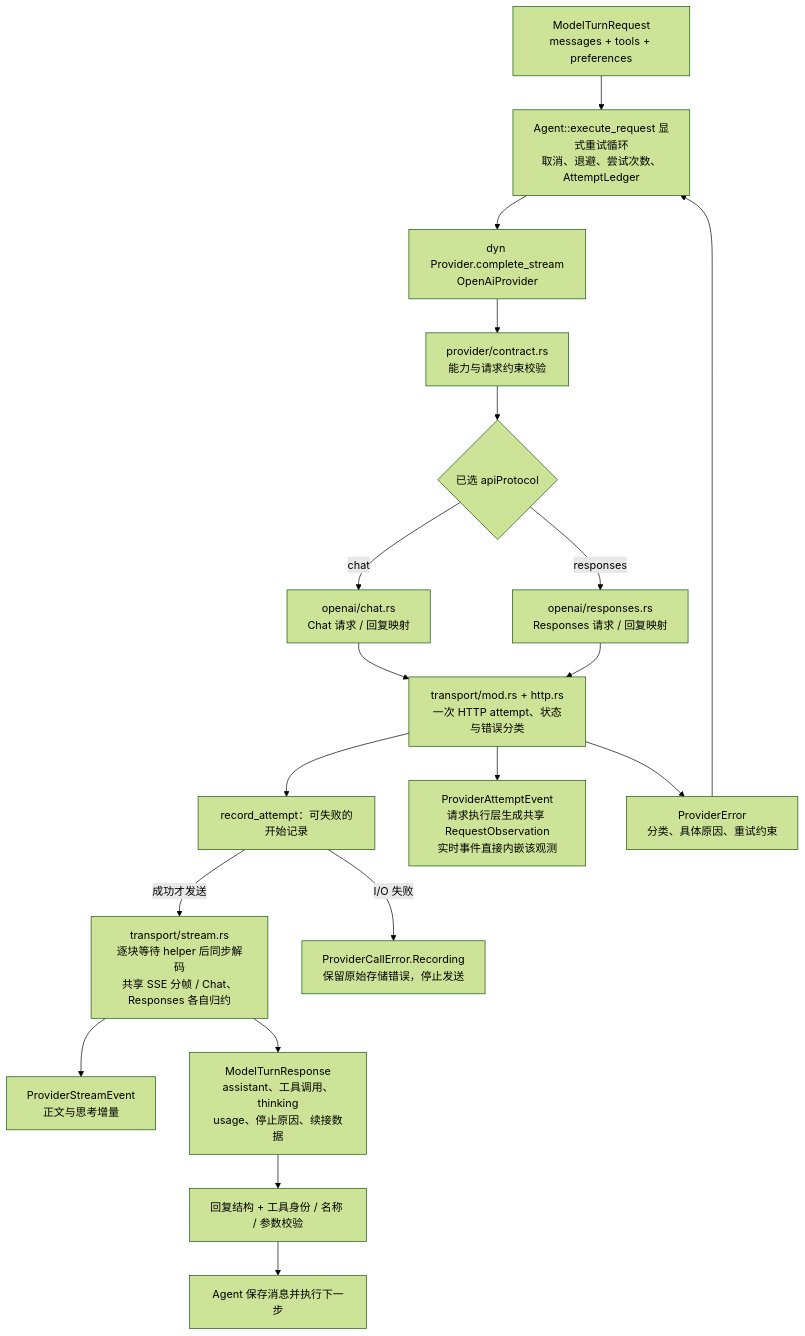
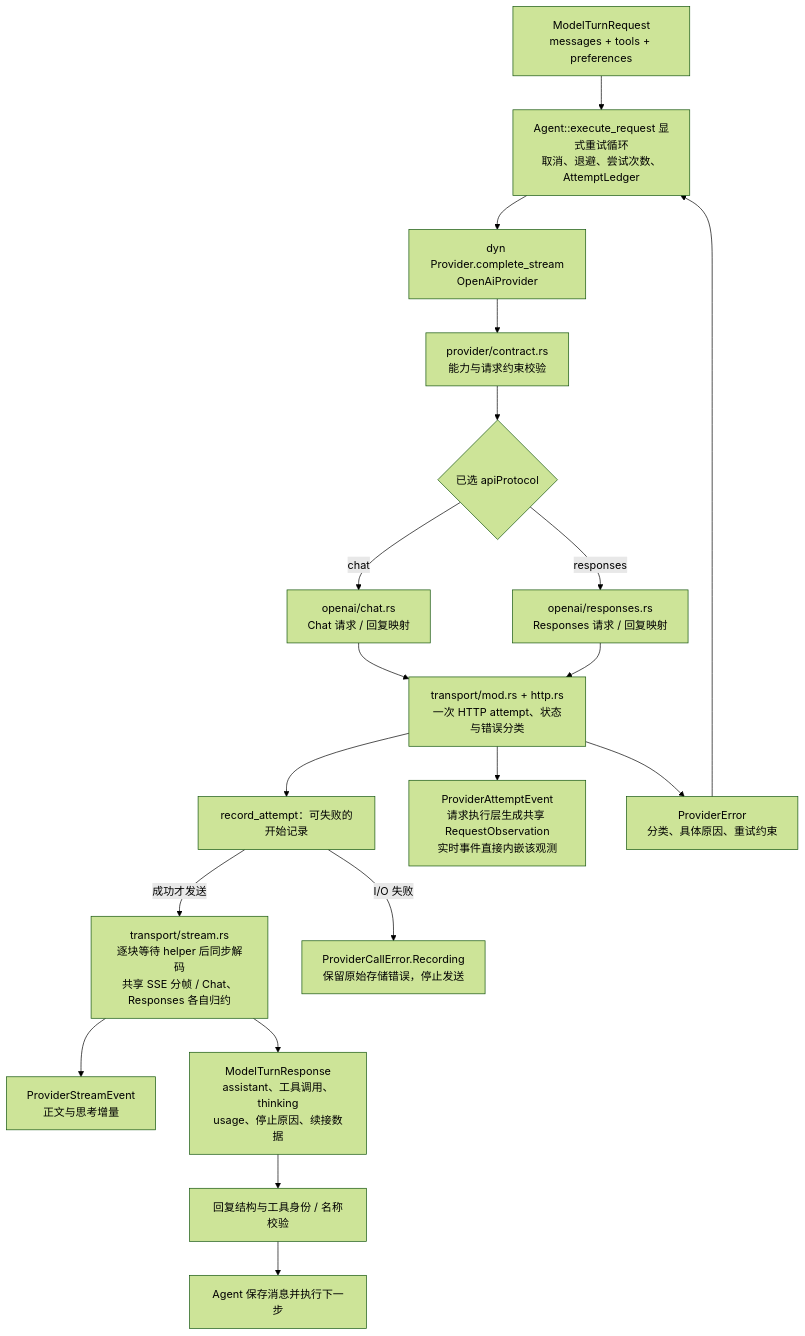
Before and after one commit to qjcnmd/singularity-agent: diagram 19 of 29 in docs/singularity.md, drawn with Mermaid (forest theme). The commit also changed other lines of this file and 47 other files, not shown here.

````diff
--- a/docs/singularity.md
+++ b/docs/singularity.md
@@ -510,21 +514,21 @@
 ```mermaid
 flowchart TB
     Request["ModelTurnRequest<br/>messages + tools + preferences"] --> Retry["Agent::execute_request 显式重试循环<br/>取消、退避、尝试次数、AttemptLedger"]
     Retry --> Provider["dyn Provider.complete_stream<br/>OpenAiProvider"]
     Provider --> Validate["provider/contract.rs<br/>能力与请求约束校验"]
     Validate --> Protocol{"已选 apiProtocol"}
     Protocol -->|"chat"| Chat["openai/chat.rs<br/>Chat 请求 / 回复映射"]
     Protocol -->|"responses"| Responses["openai/responses.rs<br/>Responses 请求 / 回复映射"]
     Chat --> Transport["transport/mod.rs + http.rs<br/>一次 HTTP attempt、状态与错误分类"]
     Responses --> Transport
     Transport --> Record["record_attempt：可失败的开始记录"]
     Record -->|"成功才发送"| SSE["transport/stream.rs<br/>逐块等待 helper 后同步解码<br/>共享 SSE 分帧 / Chat、Responses 各自归约"]
     SSE --> Deltas["ProviderStreamEvent<br/>正文与思考增量"]
     Record -->|"I/O 失败"| StorageError["ProviderCallError.Recording<br/>保留原始存储错误，停止发送"]
     Transport --> Attempts["ProviderAttemptEvent<br/>请求执行层生成共享 RequestObservation<br/>实时事件直接内嵌该观测"]
     SSE --> Reply["ModelTurnResponse<br/>assistant、工具调用、thinking<br/>usage、停止原因、续接数据"]
-    Reply --> Check["回复结构 + 工具身份 / 名称 / 参数校验"]
+    Reply --> Check["回复结构与工具身份 / 名称校验"]
     Check --> Agent["Agent 保存消息并执行下一步"]
     Transport --> Error["ProviderError<br/>分类、具体原因、重试约束"]
     Error --> Retry
 ```
````
